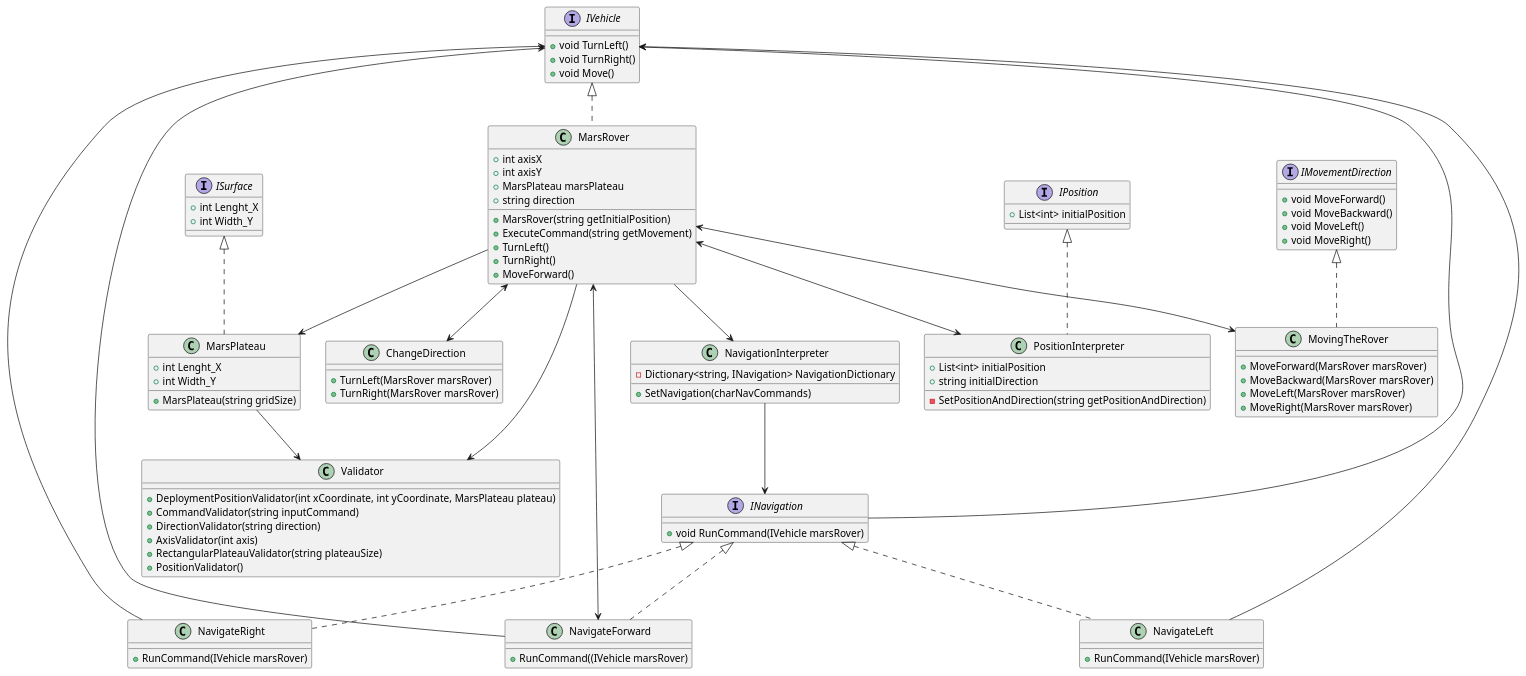
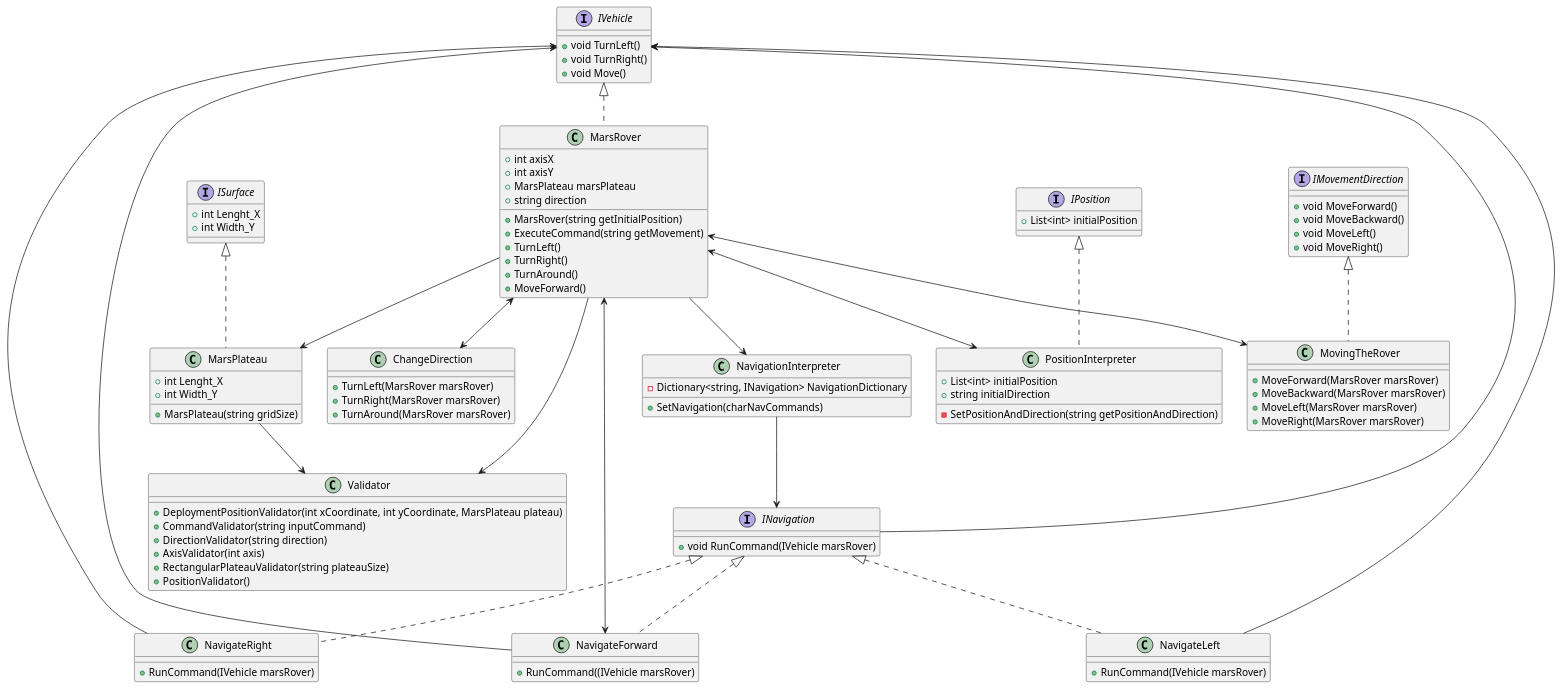
Before and after one commit to vahidkianfar/Mars-Rover-Project: the diagram in Mars-Rover-Project/UML-Diagram/MarsRover.puml, drawn with PlantUML. The commit also changed 3 other files, not shown here.

Commit message:
Added "TurnAround" Function to turn 180 degrees.

```diff
--- a/Mars-Rover-Project/UML-Diagram/MarsRover.puml
+++ b/Mars-Rover-Project/UML-Diagram/MarsRover.puml
@@ -1,117 +1,119 @@
 @startuml "MarsRover-Kata-UML.png"
 
 interface IVehicle
 {
 + void TurnLeft()
 + void TurnRight()
 + void Move()
 }
 
 interface ISurface
 {
 + int Lenght_X
 + int Width_Y
 }
 
 interface IPosition
 {
 + List<int> initialPosition
 }
 
 interface INavigation
 {
 + void RunCommand(IVehicle marsRover)
 }
 
 interface IMovementDirection
 {
 + void MoveForward()
 + void MoveBackward()
 + void MoveLeft()
 + void MoveRight()
 }
 
 class MarsRover implements IVehicle
 {
 + int axisX
 + int axisY
 + MarsPlateau marsPlateau
 + string direction
 + MarsRover(string getInitialPosition)
 + ExecuteCommand(string getMovement)
 + TurnLeft()
 + TurnRight()
++ TurnAround()
 + MoveForward()
 }
 class MarsPlateau implements ISurface
 {
 + int Lenght_X
 + int Width_Y
 + MarsPlateau(string gridSize)
 }
 class NavigateLeft implements INavigation
 {
 + RunCommand(IVehicle marsRover)
 }
 
 class NavigateRight implements INavigation
 {
 + RunCommand(IVehicle marsRover)
 }
 class PositionInterpreter implements IPosition
 {
 + List<int> initialPosition
 + string initialDirection
 - SetPositionAndDirection(string getPositionAndDirection)
 }
 class NavigateForward implements INavigation
 {
 + RunCommand((IVehicle marsRover)
 }
 class NavigationInterpreter
 {
 - Dictionary<string, INavigation> NavigationDictionary
 + SetNavigation(charNavCommands)
 }
 class ChangeDirection
 {
 + TurnLeft(MarsRover marsRover)
 + TurnRight(MarsRover marsRover)
++ TurnAround(MarsRover marsRover)
 }
 
 class MovingTheRover implements IMovementDirection
 {
 + MoveForward(MarsRover marsRover)
 + MoveBackward(MarsRover marsRover)
 + MoveLeft(MarsRover marsRover)
 + MoveRight(MarsRover marsRover)
 }
 class Validator
 {
 + DeploymentPositionValidator(int xCoordinate, int yCoordinate, MarsPlateau plateau)
 + CommandValidator(string inputCommand)
 + DirectionValidator(string direction)
 + AxisValidator(int axis)
 + RectangularPlateauValidator(string plateauSize)
 + PositionValidator()
 }
 INavigation --> IVehicle
 MarsRover <--> ChangeDirection
 MarsRover <--> MovingTheRover
 MarsRover <--> NavigateForward
 MarsRover <--> PositionInterpreter
 MarsRover --> MarsPlateau
 MarsRover --> NavigationInterpreter
 MarsRover --> Validator
 
 
 NavigateLeft --> IVehicle
 NavigateRight --> IVehicle
 NavigateForward --> IVehicle
 
 NavigationInterpreter --> INavigation
 
 MarsPlateau --> Validator
 
 
 @enduml
```
